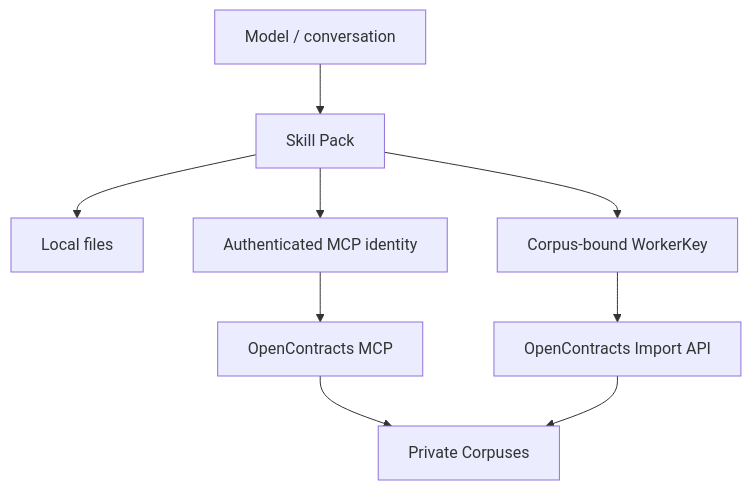
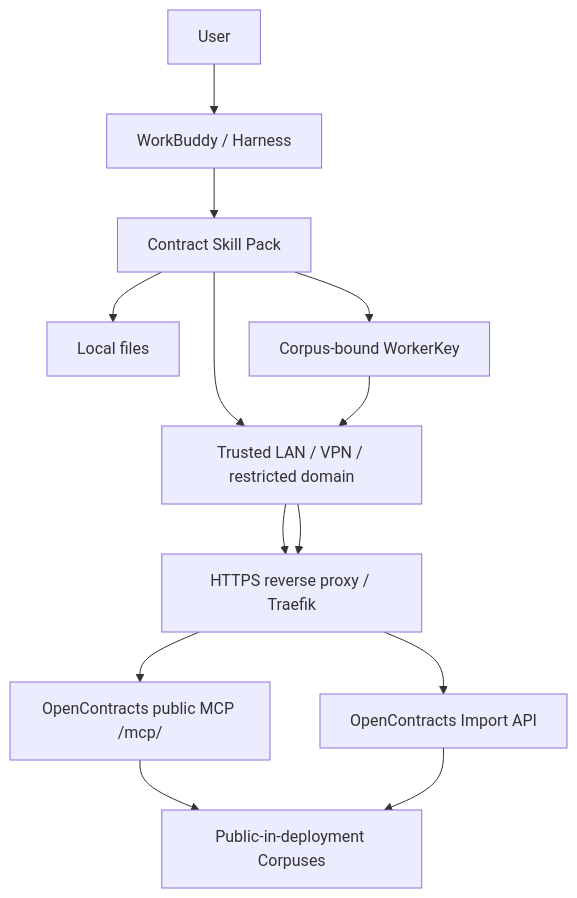
Before and after one commit to Ri0n72Y/ContractBotConfig: the diagram in docs/architecture/security.md, drawn with Mermaid. The commit also changed other lines of this file and 10 other files, not shown here.

Commit message:
docs: simplify MVP security to trusted-network public corpuses

````diff
--- a/docs/architecture/security.md
+++ b/docs/architecture/security.md
@@ -9,16 +23,18 @@
 ```mermaid
 flowchart TB
-    Prompt[Model / conversation]
-    Skill[Skill Pack]
+    User[User]
+    Harness[WorkBuddy / Harness]
+    Skill[Contract Skill Pack]
     Local[Local files]
-    OAuth[Authenticated MCP identity]
-    MCP[OpenContracts MCP]
+    Net[Trusted LAN / VPN / restricted domain]
+    HTTPS[HTTPS reverse proxy / Traefik]
+    MCP[OpenContracts public MCP /mcp/]
     Worker[Corpus-bound WorkerKey]
     Import[OpenContracts Import API]
-    Corpora[Private Corpuses]
+    Corpora[Public-in-deployment Corpuses]
 
-    Prompt --> Skill
+    User --> Harness --> Skill
     Skill --> Local
-    Skill --> OAuth --> MCP --> Corpora
-    Skill --> Worker --> Import --> Corpora
+    Skill --> Net --> HTTPS --> MCP --> Corpora
+    Skill --> Worker --> Net --> HTTPS --> Import --> Corpora
 ```
````
